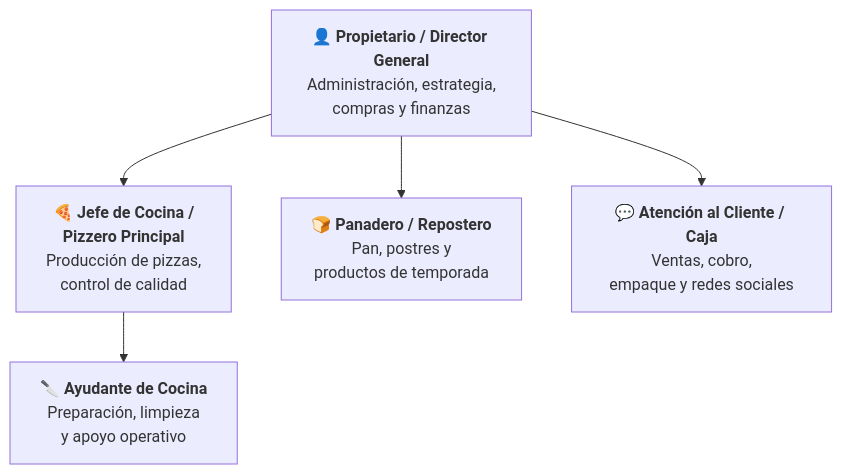
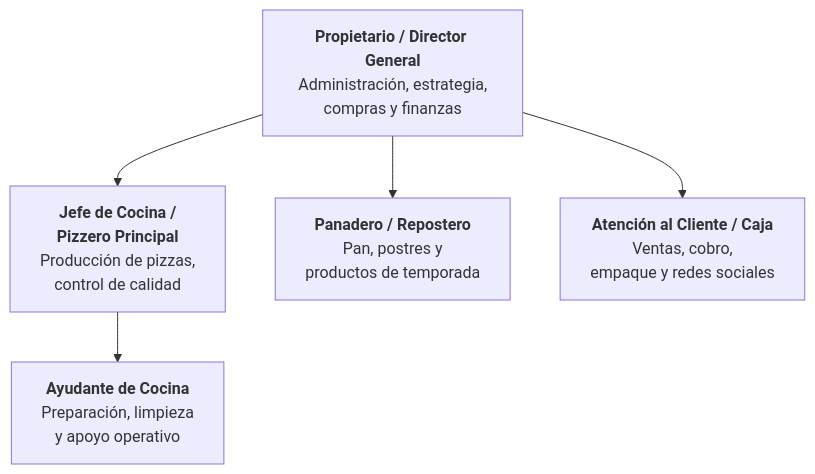
Before and after one commit to HesusG/rustico: the diagram in rustico_empresa.md, drawn with Mermaid. The commit also changed other lines of this file, not shown here.

````diff
--- a/rustico_empresa.md
+++ b/rustico_empresa.md
@@ -255,17 +269,17 @@
 ```mermaid
 graph TD
-    A["👤 <b>Propietario / Director General</b><br/>Administración, estrategia,<br/>compras y finanzas"]
+    A["<b>Propietario / Director General</b><br/>Administración, estrategia,<br/>compras y finanzas"]
 
-    B["🍕 <b>Jefe de Cocina /<br/>Pizzero Principal</b><br/>Producción de pizzas,<br/>control de calidad"]
+    B["<b>Jefe de Cocina /<br/>Pizzero Principal</b><br/>Producción de pizzas,<br/>control de calidad"]
 
-    C["🍞 <b>Panadero / Repostero</b><br/>Pan, postres y<br/>productos de temporada"]
+    C["<b>Panadero / Repostero</b><br/>Pan, postres y<br/>productos de temporada"]
 
-    D["🔪 <b>Ayudante de Cocina</b><br/>Preparación, limpieza<br/>y apoyo operativo"]
+    D["<b>Ayudante de Cocina</b><br/>Preparación, limpieza<br/>y apoyo operativo"]
 
-    E["💬 <b>Atención al Cliente / Caja</b><br/>Ventas, cobro,<br/>empaque y redes sociales"]
+    E["<b>Atención al Cliente / Caja</b><br/>Ventas, cobro,<br/>empaque y redes sociales"]
 
     A --> B
     A --> C
     A --> E
     B --> D
 ```
````
